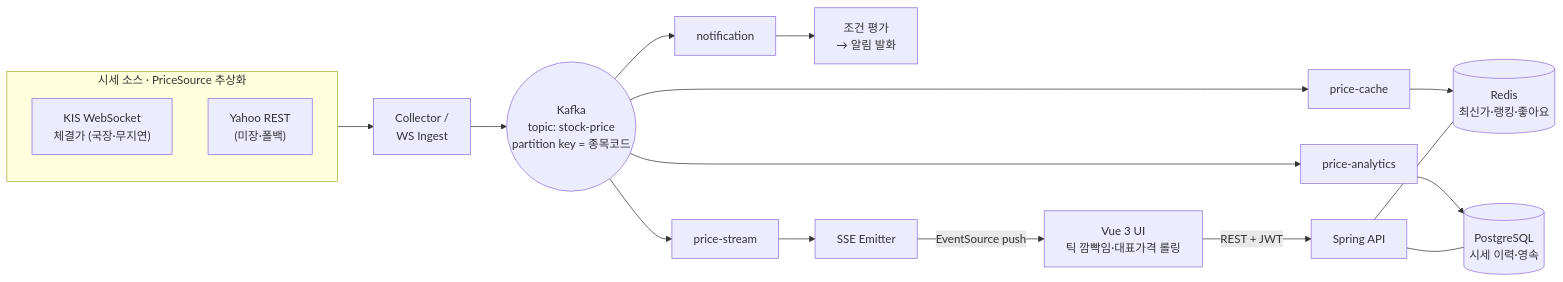
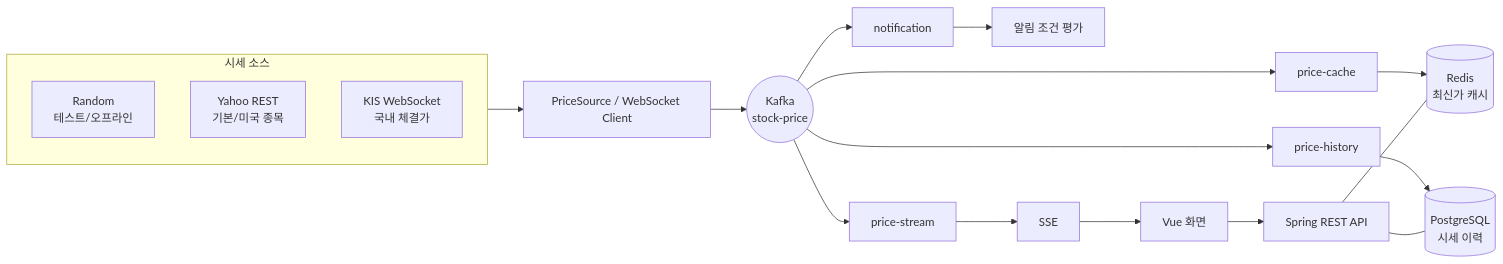
One commit to whdkfhr/stock-pilot changed the diagram in README.md. Above: the diagram before and after it, drawn with Mermaid. The commit also changed other lines of this file, not shown here.

````diff
--- a/README.md
+++ b/README.md
@@ -42,17 +73,20 @@
 ```mermaid
 flowchart LR
-    subgraph SRC["시세 소스 · PriceSource 추상화"]
-        KIS["KIS WebSocket<br/>체결가 (국장·무지연)"]
-        YH["Yahoo REST<br/>(미장·폴백)"]
+    subgraph SRC["시세 소스"]
+        RW["Random<br/>테스트/오프라인"]
+        YH["Yahoo REST<br/>기본/미국 종목"]
+        KIS["KIS WebSocket<br/>국내 체결가"]
     end
-    SRC --> ING["Collector /<br/>WS Ingest"]
-    ING --> K(("Kafka<br/>topic: stock-price<br/>partition key = 종목코드"))
-    K --> C1["price-cache"] --> R[("Redis<br/>최신가·랭킹·좋아요")]
-    K --> C2["price-analytics"] --> PG[("PostgreSQL<br/>시세 이력·영속")]
-    K --> C3["notification"] --> AL["조건 평가<br/>→ 알림 발화"]
-    K --> C4["price-stream"] --> SSE["SSE Emitter"]
-    SSE -->|EventSource push| WEB["Vue 3 UI<br/>틱 깜빡임·대표가격 롤링"]
-    WEB -->|REST + JWT| API["Spring API"]
+
+    SRC --> ING["PriceSource / WebSocket Client"]
+    ING --> K(("Kafka<br/>stock-price"))
+    K --> C1["price-cache"] --> R[("Redis<br/>최신가 캐시")]
+    K --> C2["price-history"] --> PG[("PostgreSQL<br/>시세 이력")]
+    K --> C3["notification"] --> N["알림 조건 평가"]
+    K --> C4["price-stream"] --> SSE["SSE"]
+    SSE --> WEB["Vue 화면"]
+
+    WEB --> API["Spring REST API"]
     API --- R
     API --- PG
 ```
````
